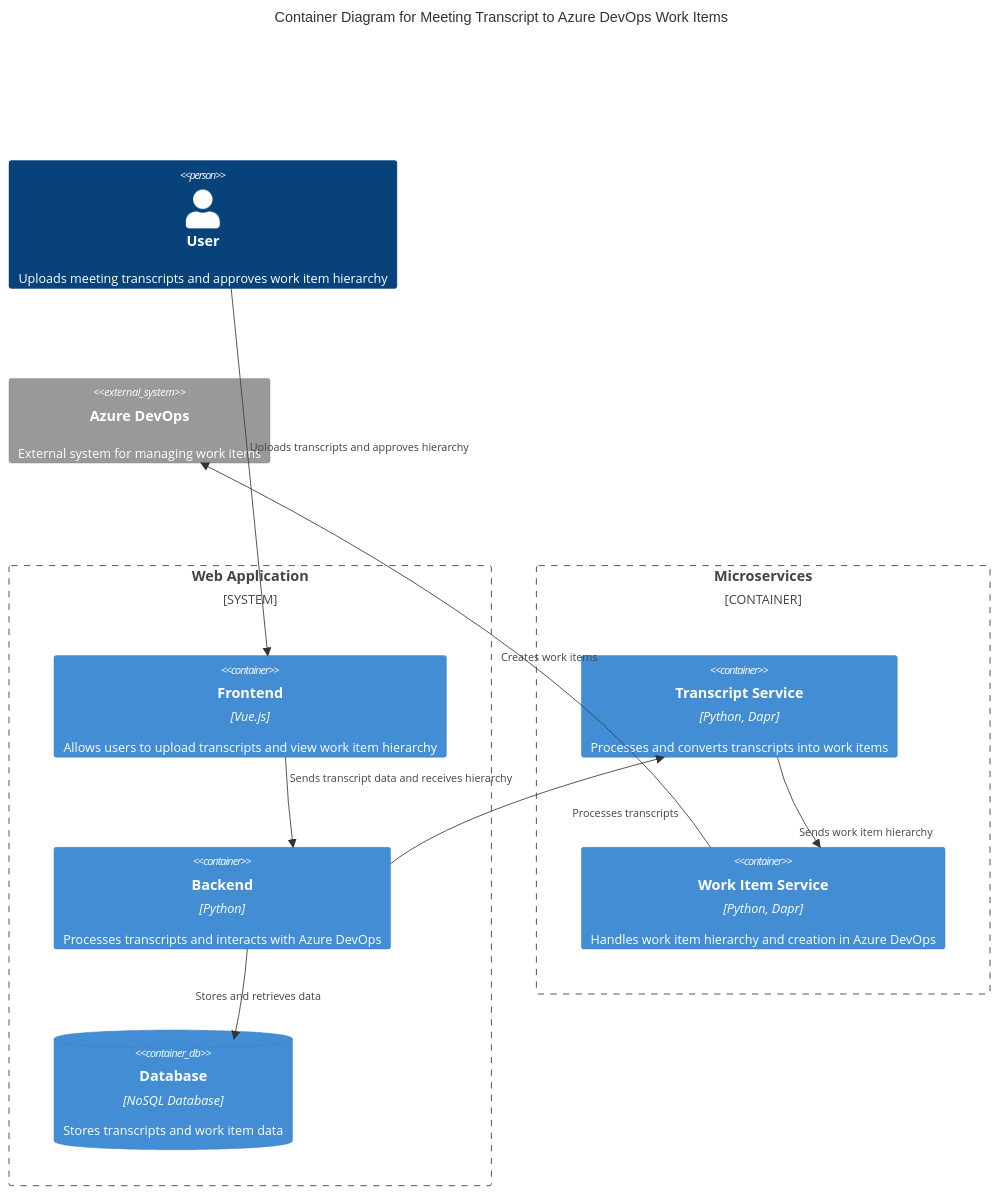
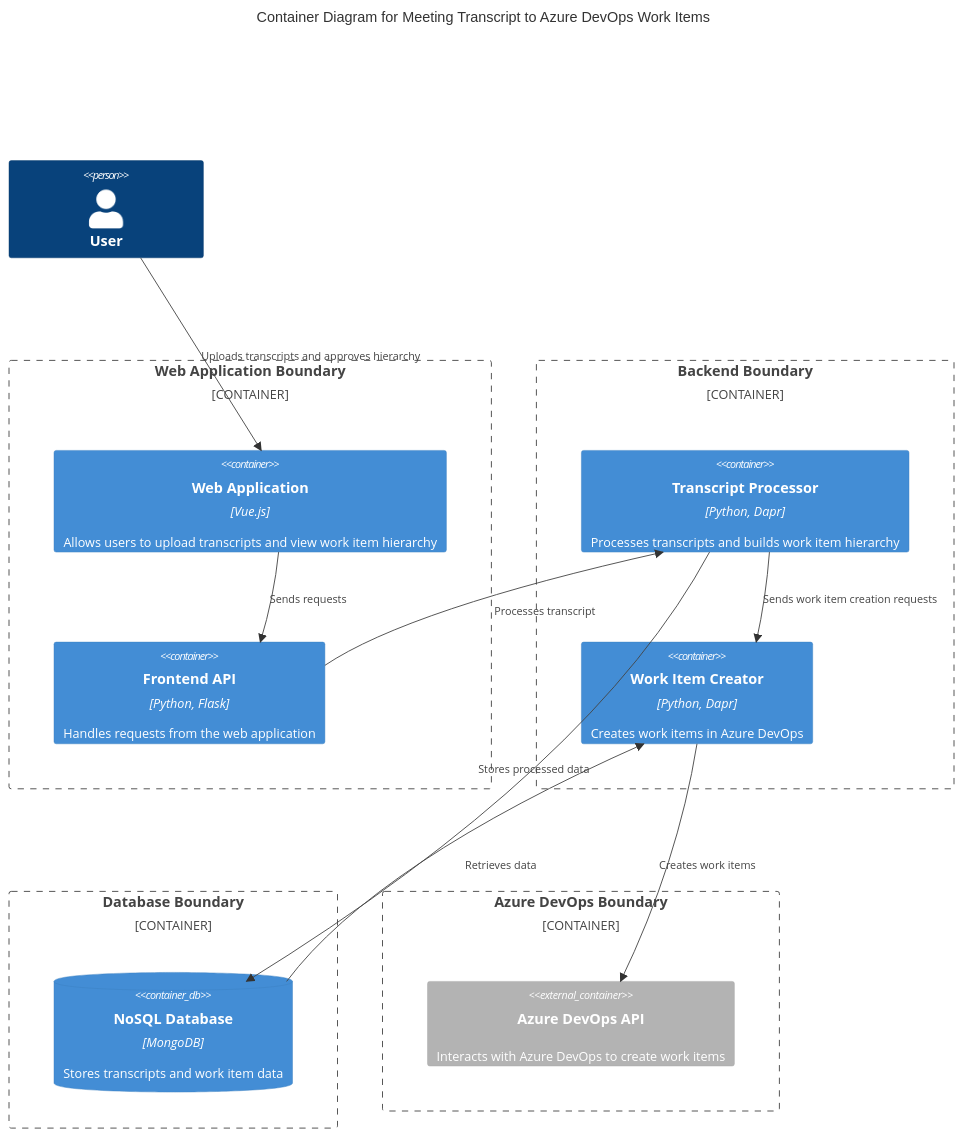
Before and after one commit to stiproot/langchain-lab: the diagram in graphs/codegen/.output/c4-container-diagram.md, drawn with Mermaid. The commit also changed other lines of this file and 7 other files, not shown here.

Commit message:
chore: cleaning up component diagram.

````diff
--- a/graphs/codegen/.output/c4-container-diagram.md
+++ b/graphs/codegen/.output/c4-container-diagram.md
@@ -1,33 +1,32 @@
 ```mermaid
 C4Container
-title Container Diagram for Meeting Transcript to Azure DevOps Work Items
+  title Container Diagram for Meeting Transcript to Azure DevOps Work Items
 
-Person(user, "User", "Uploads meeting transcripts and approves work item hierarchy")
+  Person(user, "User", "")
 
-System_Boundary(webAppBoundary, "Web Application") {
-    Container(frontend, "Frontend", "Vue.js", "Allows users to upload transcripts and view work item hierarchy")
-    Container(backend, "Backend", "Python", "Processes transcripts and interacts with Azure DevOps")
-    ContainerDb(database, "Database", "NoSQL Database", "Stores transcripts and work item data")
-}
+  Container_Boundary(webAppBoundary, "Web Application Boundary") {
+    Container(webApp, "Web Application", "Vue.js", "Allows users to upload transcripts and view work item hierarchy")
+    Container(frontendApi, "Frontend API", "Python, Flask", "Handles requests from the web application")
+  }
 
-System_Ext(azureDevOps, "Azure DevOps", "External system for managing work items")
+  Container_Boundary(backendBoundary, "Backend Boundary") {
+    Container(transcriptProcessor, "Transcript Processor", "Python, Dapr", "Processes transcripts and builds work item hierarchy")
+    Container(workItemCreator, "Work Item Creator", "Python, Dapr", "Creates work items in Azure DevOps")
+  }
 
-Container_Boundary(microservicesBoundary, "Microservices") {
-    Container(transcriptService, "Transcript Service", "Python, Dapr", "Processes and converts transcripts into work items")
-    Container(workItemService, "Work Item Service", "Python, Dapr", "Handles work item hierarchy and creation in Azure DevOps")
-}
+  Container_Boundary(databaseBoundary, "Database Boundary") {
+    ContainerDb(noSqlDb, "NoSQL Database", "MongoDB", "Stores transcripts and work item data")
+  }
 
-Rel(user, frontend, "Uploads transcripts and approves hierarchy")
-Rel(frontend, backend, "Sends transcript data and receives hierarchy")
-Rel(backend, database, "Stores and retrieves data")
-Rel(backend, transcriptService, "Processes transcripts")
-Rel(transcriptService, workItemService, "Sends work item hierarchy")
-Rel(workItemService, azureDevOps, "Creates work items")
+  Container_Boundary(azureDevOpsBoundary, "Azure DevOps Boundary") {
+    Container_Ext(azureDevOpsApi, "Azure DevOps API", "", "Interacts with Azure DevOps to create work items")
+  }
 
-UpdateRelStyle(user, frontend, $offsetY="-30")
-UpdateRelStyle(frontend, backend, $offsetY="-30")
-UpdateRelStyle(backend, database, $offsetX="-50")
-UpdateRelStyle(backend, transcriptService, $offsetX="50")
-UpdateRelStyle(transcriptService, workItemService, $offsetY="30")
-UpdateRelStyle(workItemService, azureDevOps, $offsetX="50")
+  Rel(user, webApp, "Uploads transcripts and approves hierarchy")
+  Rel(webApp, frontendApi, "Sends requests")
+  Rel(frontendApi, transcriptProcessor, "Processes transcript")
+  Rel(transcriptProcessor, workItemCreator, "Sends work item creation requests")
+  Rel(workItemCreator, azureDevOpsApi, "Creates work items")
+  Rel(transcriptProcessor, noSqlDb, "Stores processed data")
+  Rel(noSqlDb, workItemCreator, "Retrieves data")
 ```
````
